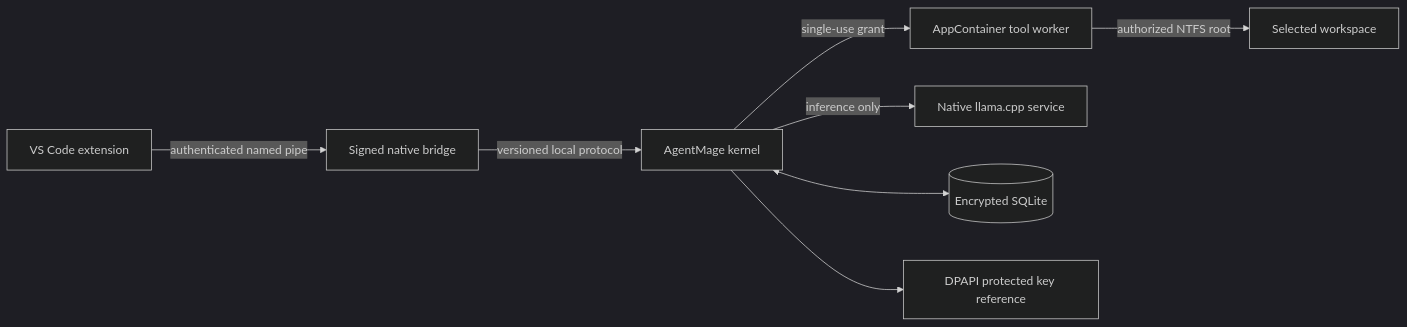
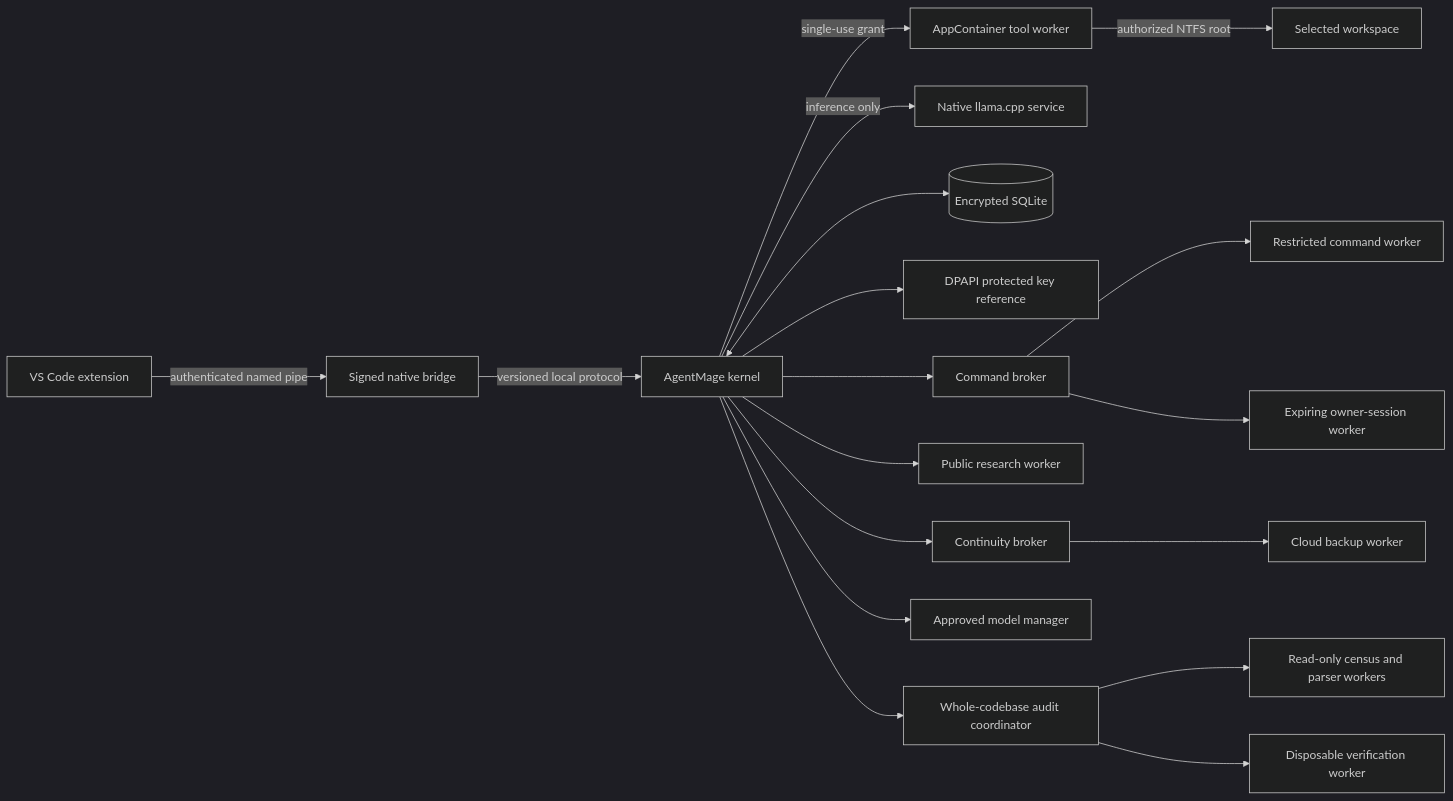
Before and after one commit to AaronNHorvitz/AgentMage: the diagram in WINDOWS-BOUNDARIES.md, drawn with Mermaid (dark theme). The commit also changed other lines of this file and 31 other files, not shown here.

````diff
--- a/WINDOWS-BOUNDARIES.md
+++ b/WINDOWS-BOUNDARIES.md
@@ -17,10 +19,20 @@
 ```mermaid
 flowchart LR
     V["VS Code extension"] -->|"authenticated named pipe"| B["Signed native bridge"]
     B -->|"versioned local protocol"| K["AgentMage kernel"]
     K -->|"single-use grant"| T["AppContainer tool worker"]
     K -->|"inference only"| M["Native llama.cpp service"]
     K <--> S[("Encrypted SQLite")]
     K --> Q["DPAPI protected key reference"]
     T -->|"authorized NTFS root"| W["Selected workspace"]
+    K --> C["Command broker"]
+    C --> CT["Restricted command worker"]
+    C --> OW["Expiring owner-session worker"]
+    K --> R["Public research worker"]
+    K --> BK["Continuity broker"]
+    BK --> CB["Cloud backup worker"]
+    K --> MM["Approved model manager"]
+    K --> A["Whole-codebase audit coordinator"]
+    A --> RC["Read-only census and parser workers"]
+    A --> AV["Disposable verification worker"]
 ```
````
